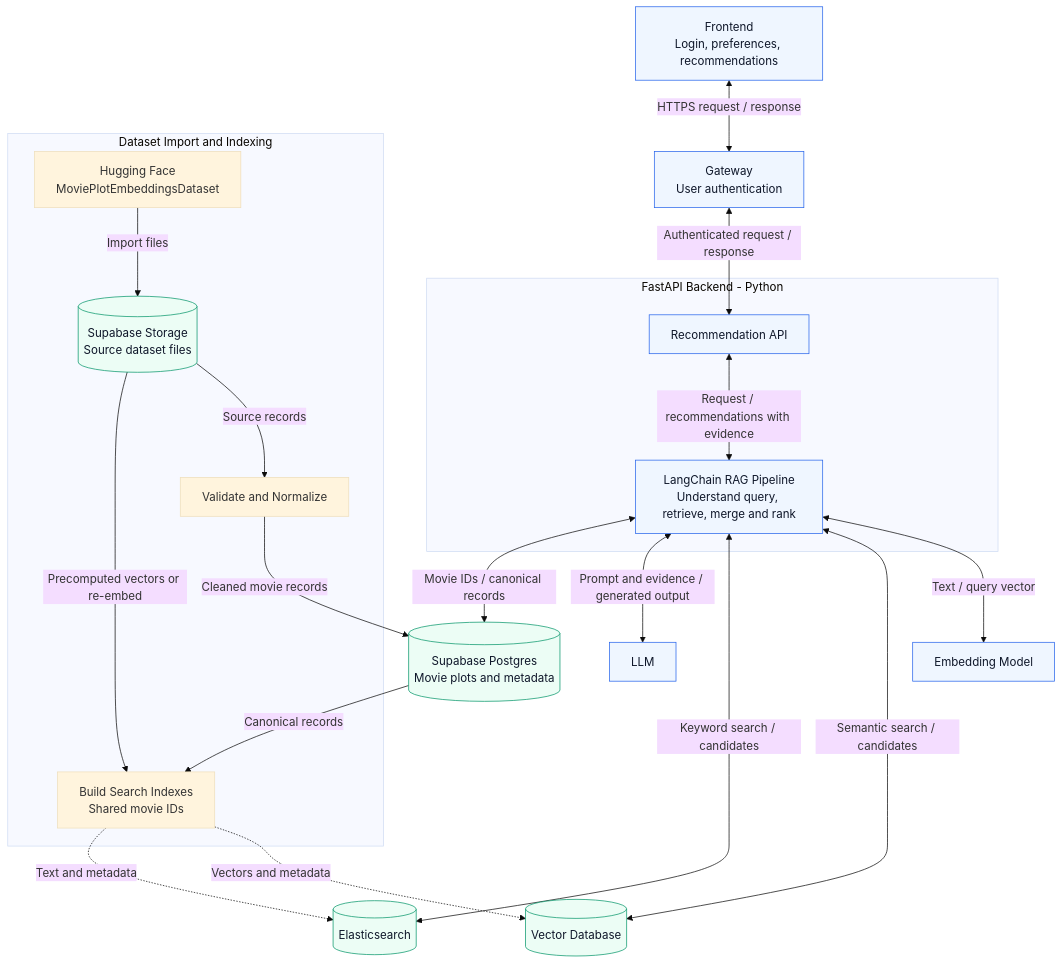
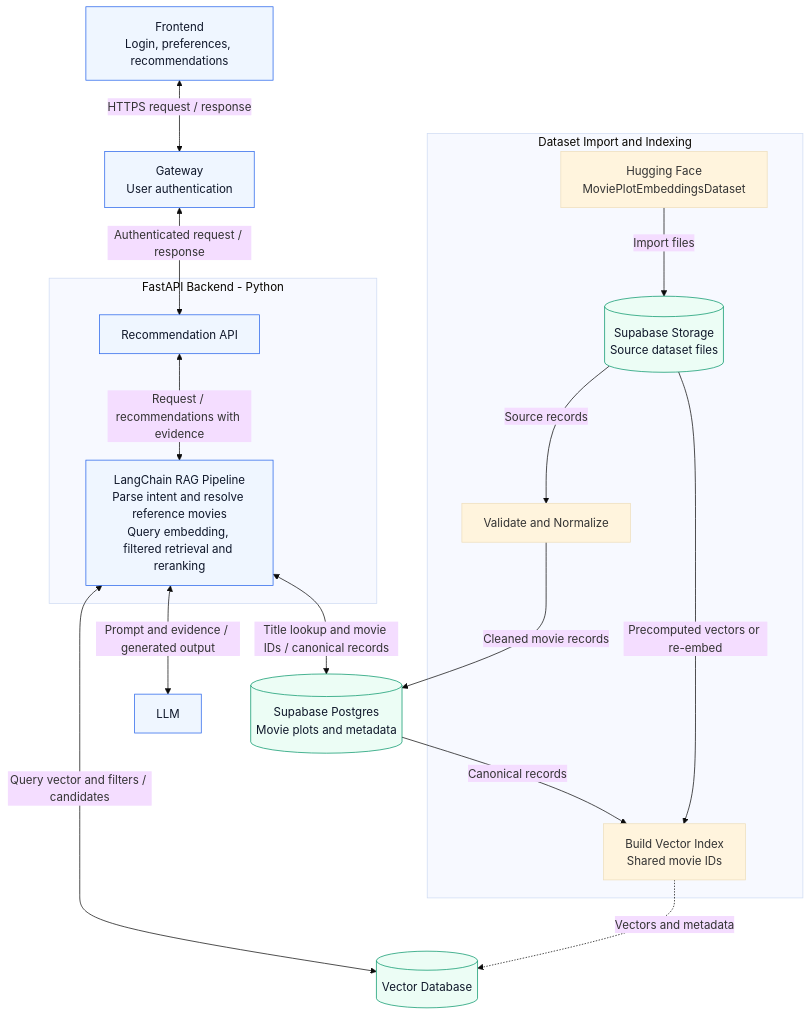
Before and after one commit to Ed1sonL1-byte/v-me-50: the diagram in docs/project-plan.md, drawn with Mermaid (base theme). The commit also changed other lines of this file and 3 other files, not shown here.

Commit message:
Simplify retrieval architecture and document input processing

````diff
--- a/docs/project-plan.md
+++ b/docs/project-plan.md
@@ -18,36 +18,33 @@
 ```mermaid
 flowchart TB
     frontend["Frontend<br/>Login, preferences, recommendations"]
     gateway["Gateway<br/>User authentication"]
     subgraph backend["FastAPI Backend - Python"]
         api["Recommendation API"]
-        chain["LangChain RAG Pipeline<br/>Understand query, retrieve, merge and rank"]
+        chain["LangChain RAG Pipeline<br/>Parse intent and resolve reference movies<br/>Query embedding, filtered retrieval and reranking"]
         api <-->|Request / recommendations with evidence| chain
     end
     frontend <-->|HTTPS request / response| gateway
     gateway <-->|Authenticated request / response| api
-    chain <-->|Text / query vector| embedding["Embedding Model"]
-    chain <-->|Semantic search / candidates| vector[("Vector Database")]
-    chain <-->|Keyword search / candidates| elastic[("Elasticsearch")]
+    chain <-->|Query vector and filters / candidates| vector[("Vector Database")]
     chain <-->|Prompt and evidence / generated output| llm["LLM"]
-    chain <-->|Movie IDs / canonical records| postgres[("Supabase Postgres<br/>Movie plots and metadata")]
+    chain <-->|Title lookup and movie IDs / canonical records| postgres[("Supabase Postgres<br/>Movie plots and metadata")]
 
     subgraph ingestion["Dataset Import and Indexing"]
         dataset["Hugging Face<br/>MoviePlotEmbeddingsDataset"]
         storage[("Supabase Storage<br/>Source dataset files")]
         clean["Validate and Normalize"]
-        indexer["Build Search Indexes<br/>Shared movie IDs"]
+        indexer["Build Vector Index<br/>Shared movie IDs"]
         dataset -->|Import files| storage
         storage -->|Source records| clean
     end
     clean -->|Cleaned movie records| postgres
     postgres -->|Canonical records| indexer
     storage -->|Precomputed vectors or re-embed| indexer
     indexer -.->|Vectors and metadata| vector
-    indexer -.->|Text and metadata| elastic
 
     classDef service fill:#eff6ff,stroke:#2563eb,color:#0f172a
     classDef data fill:#ecfdf5,stroke:#059669,color:#0f172a
-    class frontend,gateway,api,chain,embedding,llm service
-    class vector,elastic,postgres,storage data
+    class frontend,gateway,api,chain,llm service
+    class vector,postgres,storage data
 ```
````
